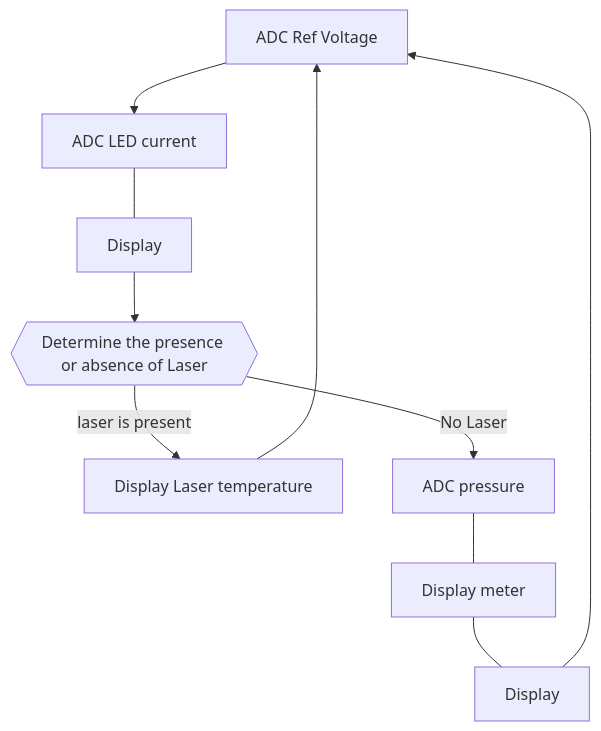
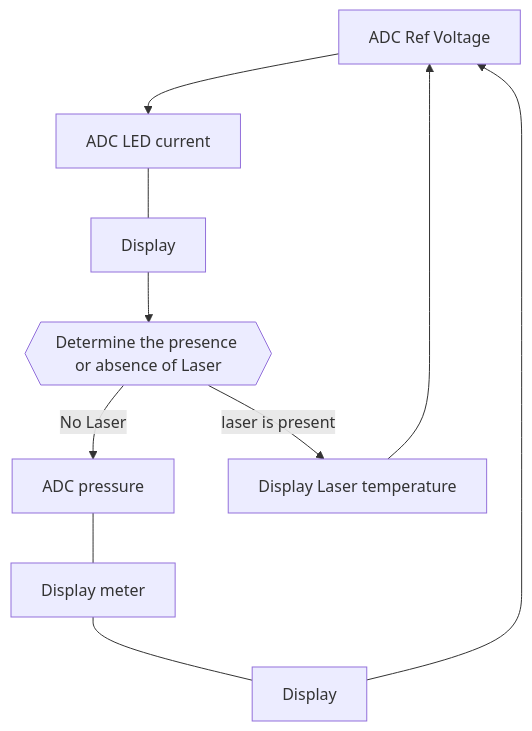
Before and after one commit to agysft/CPnP_Z: the diagram in README.md, drawn with Mermaid. The commit also changed other lines of this file, not shown here.

````diff
--- a/README.md
+++ b/README.md
@@ -5,12 +5,12 @@
 ```mermaid
 flowchart TD;
     A[ADC Ref Voltage]-->B[ADC LED current];
     B---H[Display];
     H-->C{{Determine the presence or absence of Laser}};
-    C-->|laser is present|D[Display Laser temperature];
     C-->|No Laser|E[ADC pressure];
     E---F[Display meter];
     F---G[Display];
     G-->A;
+    C-->|laser is present|D[Display Laser temperature];
     D-->A;
 ```
````
